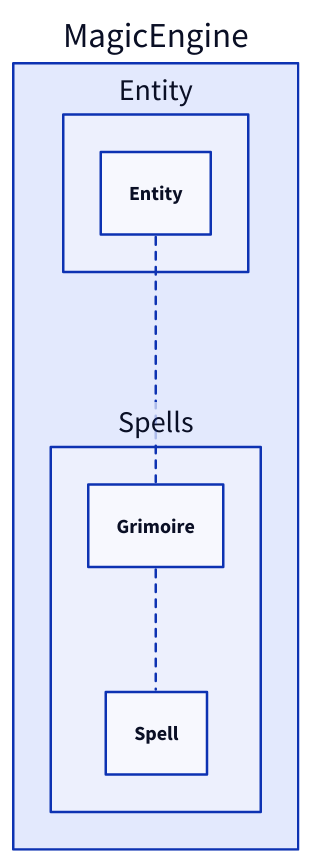
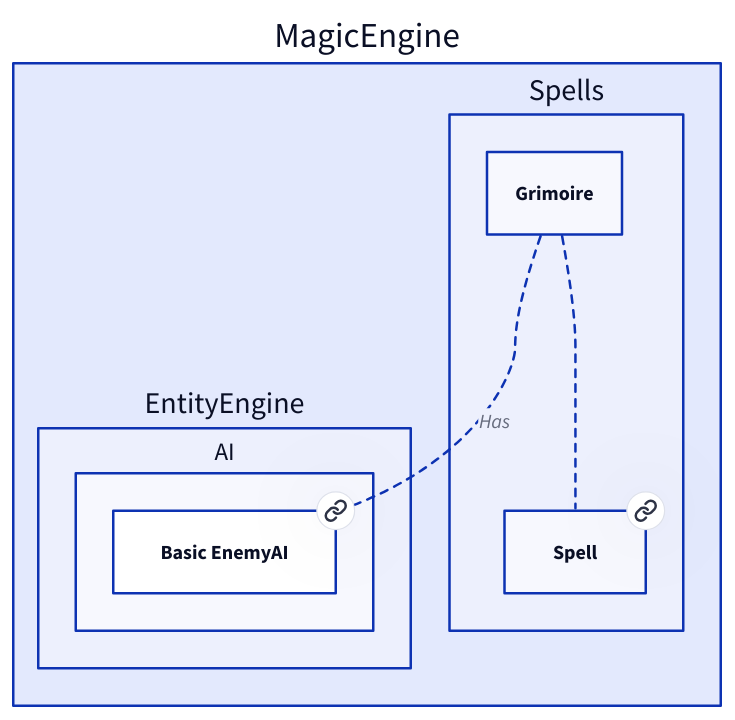
One commit to Portevent/Brume-Documentation changed the diagram in doc/MagicEngine/Spells/Grimoire.md. Above: the diagram before and after it, drawn with D2. The commit also changed 88 other files, not shown here.

````diff
--- a/doc/MagicEngine/Spells/Grimoire.md
+++ b/doc/MagicEngine/Spells/Grimoire.md
@@ -11,16 +11,25 @@
 ```d2
 # Nodes :
 MagicEngine: {
-    Entity: {
-        Entity: Entity
+    EntityEngine: {
+        AI: {
+            BasicEnemyAI: Basic EnemyAI {
+               link: BasicEnemyAI
+            }
+        }
     }
     Spells: {
-        Spell: Spell
+        Spell: Spell {
+           link: Spell
+        }
     }
 }
 
 # Links :
-MagicEngine.Entity.Entity -- MagicEngine.Spells.Grimoire: {style.stroke-dash: 3}
 MagicEngine.Spells.Grimoire -- MagicEngine.Spells.Spell: {style.stroke-dash: 3}
+MagicEngine.Spells.Grimoire -> MagicEngine.EntityEngine.AI.BasicEnemyAI: Has {style.stroke-dash: 3
+source-arrowhead: {}
+target-arrowhead: {shape: arrow}
+}
 
 ```
````
